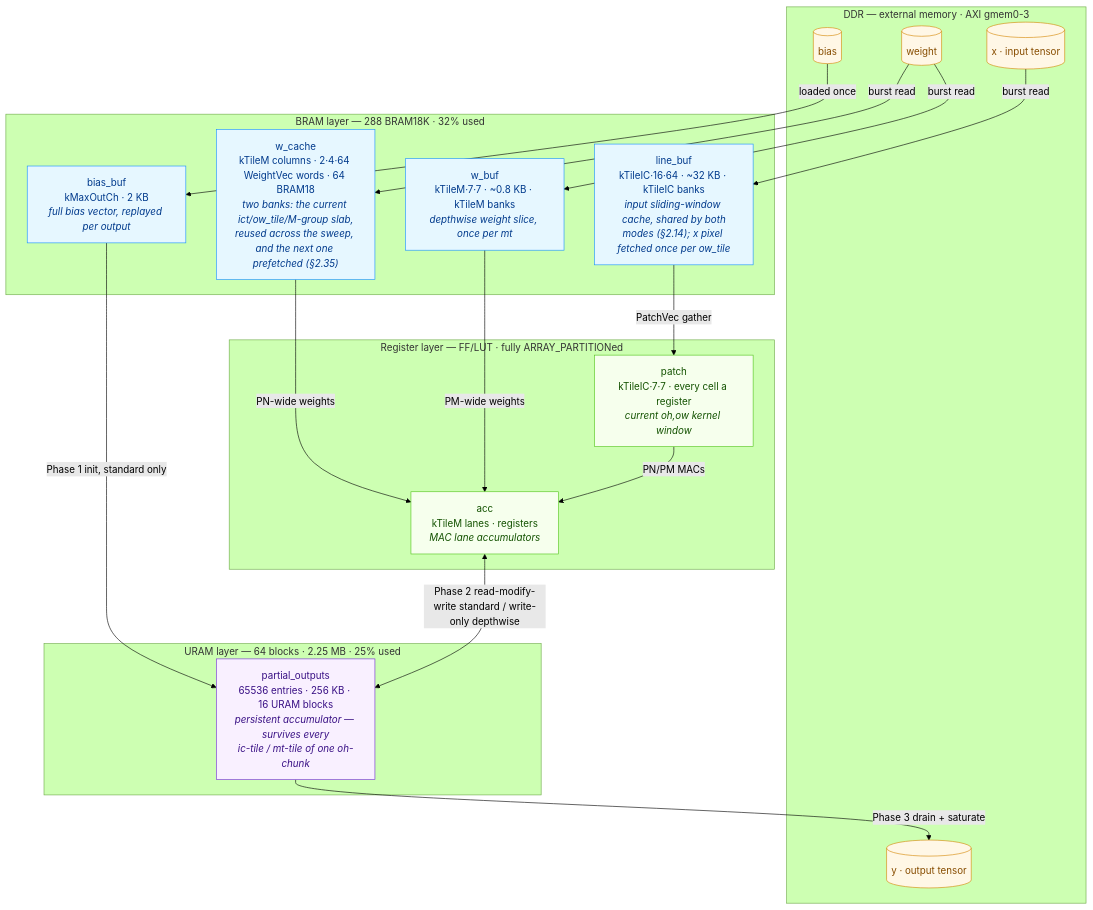
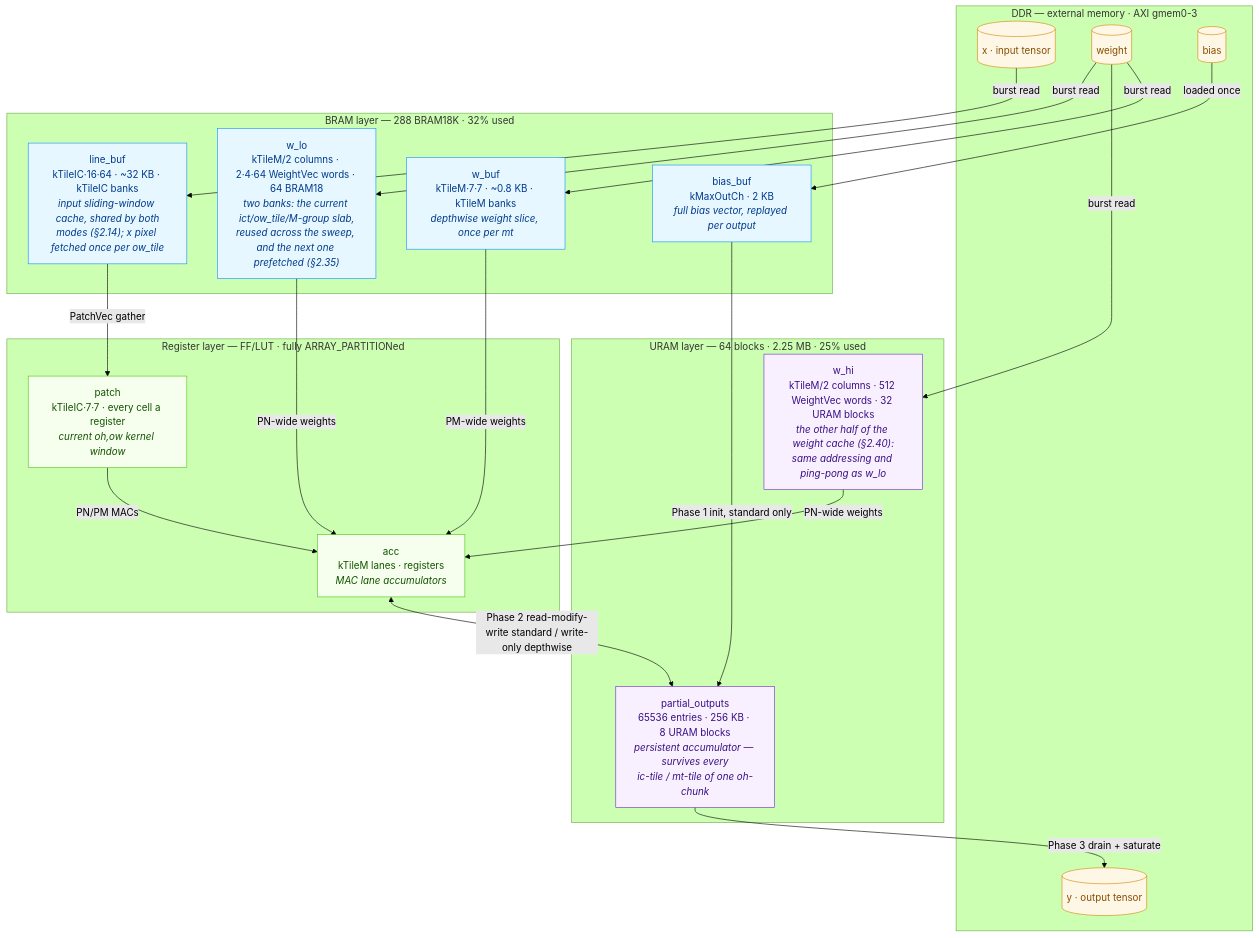
One commit to phoenix367/cormorant changed the diagram in doc/CONV_KERNEL.md. Above: the diagram before and after it, drawn with Mermaid (forest theme). The commit also changed other lines of this file and 163 other files, not shown here.

````diff
--- a/doc/CONV_KERNEL.md
+++ b/doc/CONV_KERNEL.md
@@ -116,46 +116,49 @@
 ```mermaid
 flowchart TB
     subgraph DDR["DDR — external memory · AXI gmem0-3"]
         Xd[("x · input tensor")]
         Wd[("weight")]
         Bd[("bias")]
         Yd[("y · output tensor")]
     end
 
     subgraph URAML["URAM layer — 64 blocks · 2.25 MB · 25% used"]
-        PO["partial_outputs<br/>65536 entries · 256 KB · 16 URAM blocks<br/><i>persistent accumulator — survives every<br/>ic-tile / mt-tile of one oh-chunk</i>"]
+        PO["partial_outputs<br/>65536 entries · 256 KB · 8 URAM blocks<br/><i>persistent accumulator — survives every<br/>ic-tile / mt-tile of one oh-chunk</i>"]
+        WH["w_hi<br/>kTileM/2 columns · 512 WeightVec words · 32 URAM blocks<br/><i>the other half of the weight cache (§2.40):<br/>same addressing and ping-pong as w_lo</i>"]
     end
 
     subgraph BRAML["BRAM layer — 288 BRAM18K · 32% used"]
         LB["line_buf<br/>kTileIC·16·64 · ~32 KB · kTileIC banks<br/><i>input sliding-window cache, shared by both<br/>modes (§2.14); x pixel fetched once per ow_tile</i>"]
-        WC["w_cache<br/>kTileM columns · 2·4·64 WeightVec words · 64 BRAM18<br/><i>two banks: the current ict/ow_tile/M-group slab,<br/>reused across the sweep, and the next one prefetched (§2.35)</i>"]
+        WC["w_lo<br/>kTileM/2 columns · 2·4·64 WeightVec words · 64 BRAM18<br/><i>two banks: the current ict/ow_tile/M-group slab,<br/>reused across the sweep, and the next one prefetched (§2.35)</i>"]
         WB["w_buf<br/>kTileM·7·7 · ~0.8 KB · kTileM banks<br/><i>depthwise weight slice, once per mt</i>"]
         BB["bias_buf<br/>kMaxOutCh · 2 KB<br/><i>full bias vector, replayed per output</i>"]
     end
 
     subgraph REGL["Register layer — FF/LUT · fully ARRAY_PARTITIONed"]
         PA["patch<br/>kTileIC·7·7 · every cell a register<br/><i>current oh,ow kernel window</i>"]
         AC["acc<br/>kTileM lanes · registers<br/><i>MAC lane accumulators</i>"]
     end
 
     Xd -->|burst read| LB
     Wd -->|burst read| WC
+    Wd -->|burst read| WH
+    WH -->|PN-wide weights| AC
     Wd -->|burst read| WB
     Bd -->|loaded once| BB
     LB -->|PatchVec gather| PA
     WC -->|PN-wide weights| AC
     WB -->|PM-wide weights| AC
     PA -->|PN/PM MACs| AC
     BB -->|Phase 1 init, standard only| PO
     AC <-->|Phase 2 read-modify-write standard / write-only depthwise| PO
     PO -->|Phase 3 drain + saturate| Yd
 
     classDef ddr fill:#fff7e6,stroke:#d48806,color:#874d00
     classDef uram fill:#f9f0ff,stroke:#722ed1,color:#391085
     classDef bram fill:#e6f7ff,stroke:#1890ff,color:#003a8c
     classDef reg fill:#f6ffed,stroke:#52c41a,color:#135200
     class Xd,Wd,Bd,Yd ddr
-    class PO uram
+    class PO,WH uram
     class LB,WC,WB,BB bram
     class PA,AC reg
 ```
````
